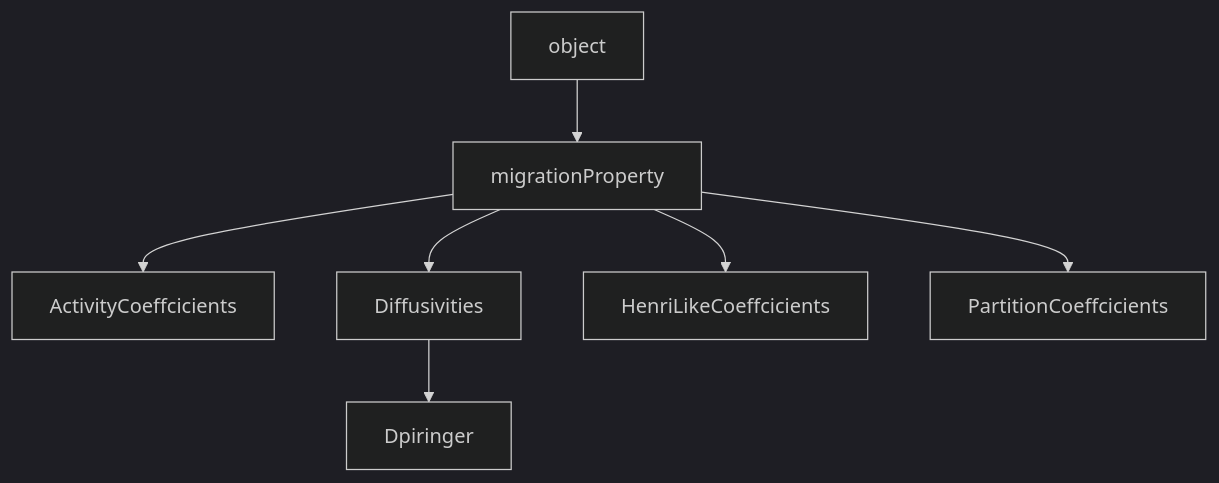
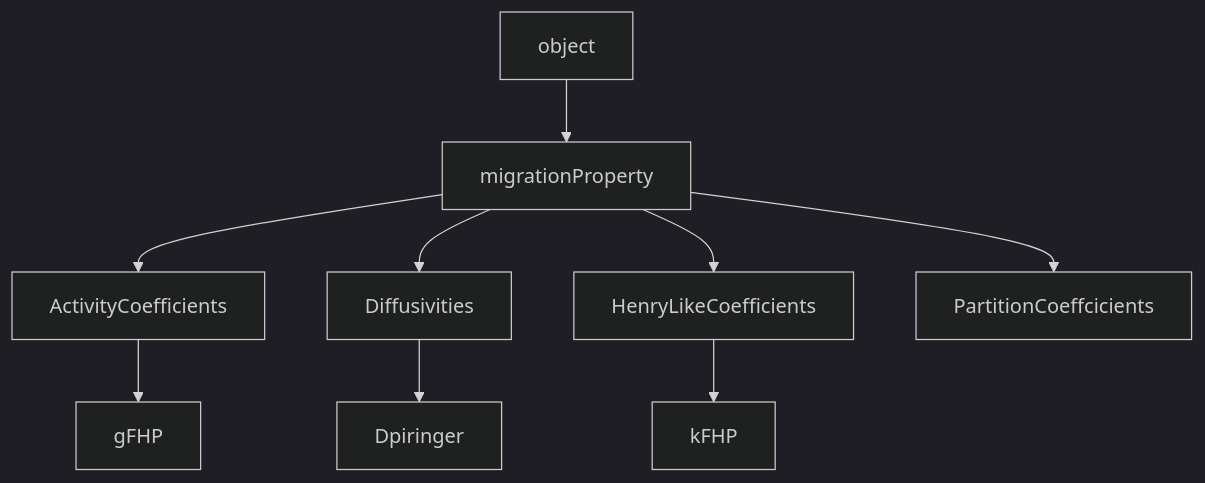
One commit to ovitrac/SFPPy changed the eighth of 8 diagrams in docs/SFPPy_classes_documentation.md. Above: the diagram before and after it, drawn with Mermaid (dark theme). The commit also changed other lines of this file and 146 other files, not shown here.

````diff
--- a/docs/SFPPy_classes_documentation.md
+++ b/docs/SFPPy_classes_documentation.md
@@ -2294,15 +2563,19 @@
 ```mermaid
 graph TD;
-ActivityCoeffcicients
+ActivityCoefficients
 Diffusivities
 Dpiringer
-HenriLikeCoeffcicients
+HenryLikeCoefficients
 PartitionCoeffcicients
+gFHP
+kFHP
 migrationProperty
+ActivityCoefficients --> gFHP
 Diffusivities --> Dpiringer
-migrationProperty --> ActivityCoeffcicients
+HenryLikeCoefficients --> kFHP
+migrationProperty --> ActivityCoefficients
 migrationProperty --> Diffusivities
-migrationProperty --> HenriLikeCoeffcicients
+migrationProperty --> HenryLikeCoefficients
 migrationProperty --> PartitionCoeffcicients
 object --> migrationProperty
 ```
````
